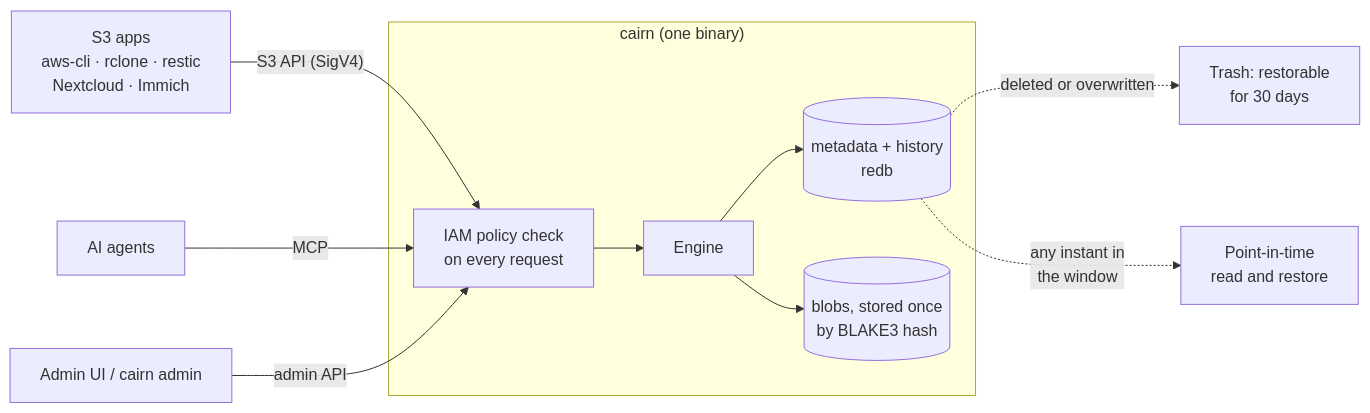
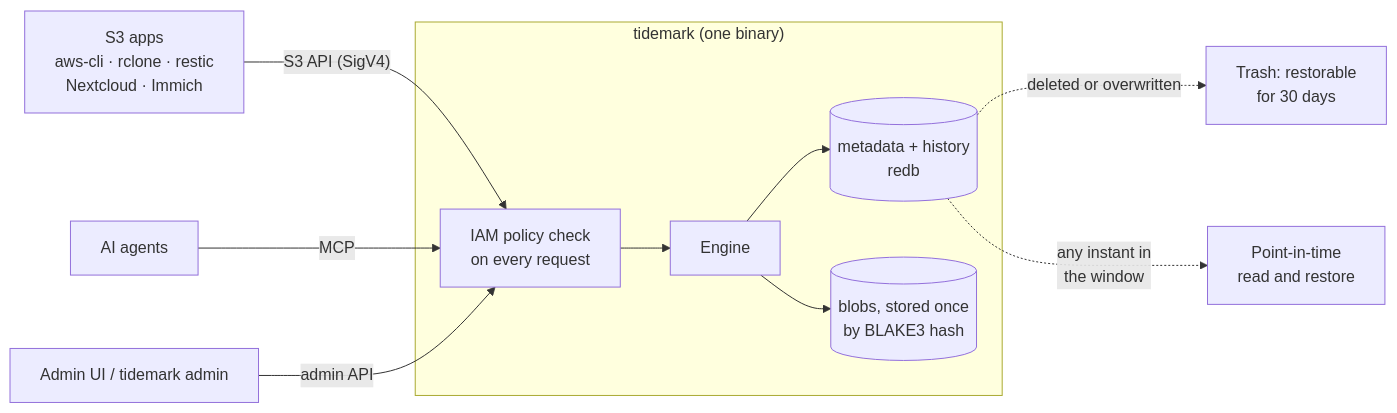
The first of 2 diagrams in README.md (solutionforest/cairn), drawn with Mermaid before and after one commit. The commit also changed other lines of this file and 363 other files, not shown here.

First line of the commit message:
rename: Cairn is now Tidemark

````diff
--- a/README.md
+++ b/README.md
@@ -97,13 +99,13 @@
 ```mermaid
 flowchart LR
     apps["S3 apps<br/>aws-cli · rclone · restic<br/>Nextcloud · Immich"] -->|"S3 API (SigV4)"| api
     agents["AI agents"] -->|MCP| api
-    ui["Admin UI / cairn admin"] -->|admin API| api
-    subgraph cairn["cairn (one binary)"]
+    ui["Admin UI / tidemark admin"] -->|admin API| api
+    subgraph tidemark["tidemark (one binary)"]
         api["IAM policy check<br/>on every request"] --> engine["Engine"]
         engine --> meta[("metadata + history<br/>redb")]
         engine --> blobs[("blobs, stored once<br/>by BLAKE3 hash")]
     end
     meta -.->|"deleted or overwritten"| trash["Trash: restorable<br/>for 30 days"]
     meta -.->|"any instant in<br/>the window"| pitr["Point-in-time<br/>read and restore"]
 ```
````
